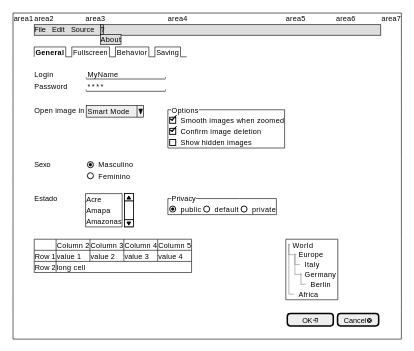
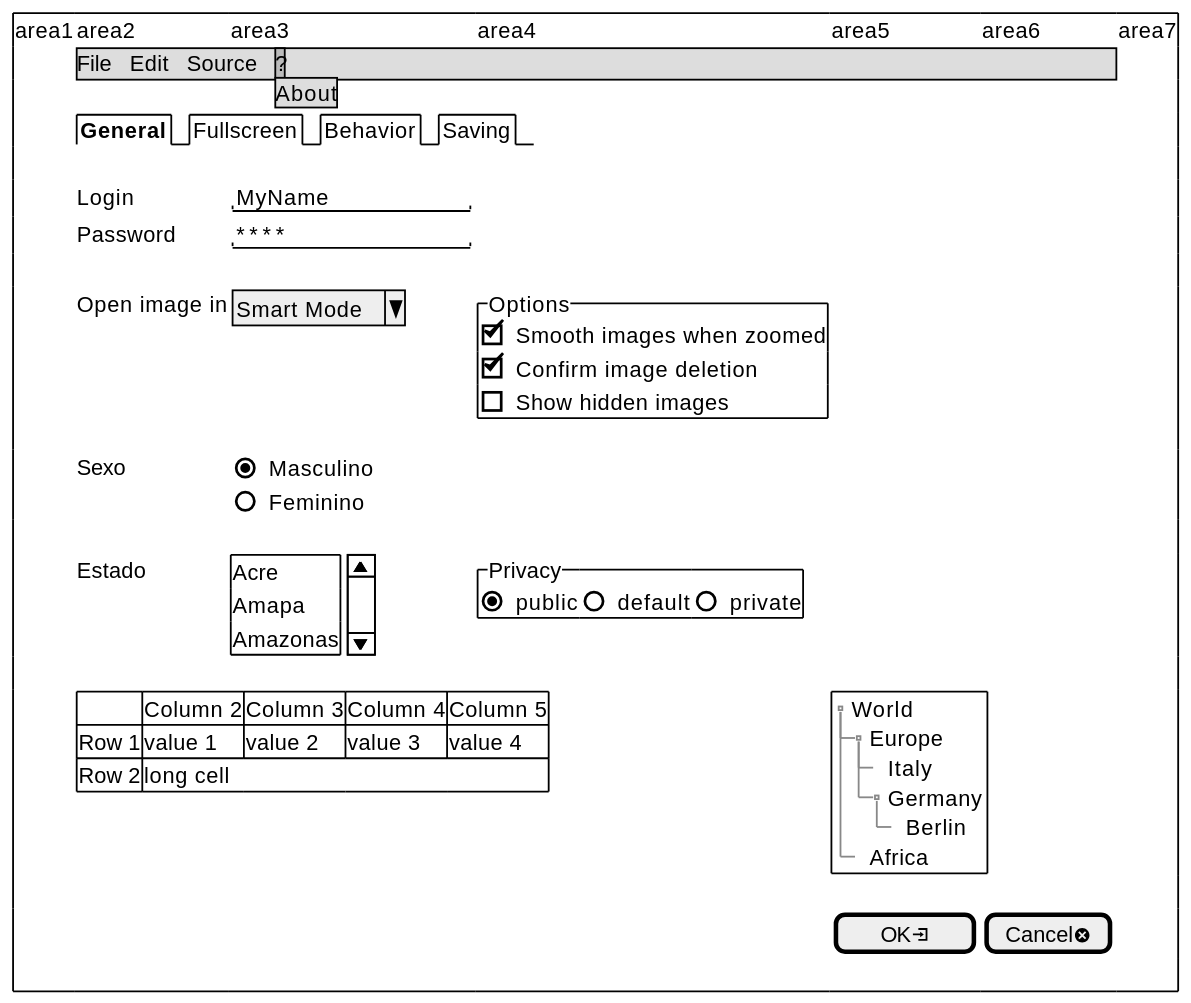
One commit to GiovaniPM/DMNTests changed the fourth of 4 diagrams in Courses/Course Salt.md. Above: the diagram before and after it, drawn with PlantUML.

Commit message:
Update Course Salt.md

````diff
--- a/Courses/Course Salt.md
+++ b/Courses/Course Salt.md
@@ -567,47 +567,47 @@
 ```plantuml
 @startsalt
 'skinparam BackgroundColor lightblue
-scale 0.5
+scale 1.5
 {+
     |area1|area2|area3|area4|area5|area6|area7
     |.|{* File | Edit | Source | ?
     '  File | New | Open File | - | Close | Close All | - | Exit
       ? | About}|*|*|*|*
     |.
     |.|{/ <b>General | Fullscreen | Behavior | Saving }|*|*|*|*
     |.
     |.|Login    |"MyName          "|.
     |.|Password |"****            "|.
     |.
     |.|Open image in|{ ^Smart Mode^ }|{^Options
                                         [X] Smooth images when zoomed
                                         [X] Confirm image deletion
                                         [ ] Show hidden images
                                        }
     |.|Sexo|{(X) Masculino
              () Feminino}
     |.
     |.|Estado|{SI 
                 Acre
                 Amapa
                 Amazonas
               }|{^"Privacy" | (X) public | () default | () private} |*|*
     |.
     |.|{#
         .     | Column 2  | Column 3 | Column 4 | Column 5
         Row 1 | value 1   | value 2  | value 3  | value 4
         Row 2 | long cell | *        | *        | *
        }|*|*|{+{T
               + World
               ++ Europe
               +++ Italy
               +++ Germany
               ++++ Berlin
               ++ Africa
              }}|*
     |.
     |.|.|.|.|[  OK<&account-login>   ]|[Cancel<&circle-x>]
     |.
 }
 @endsalt
 ```
````
